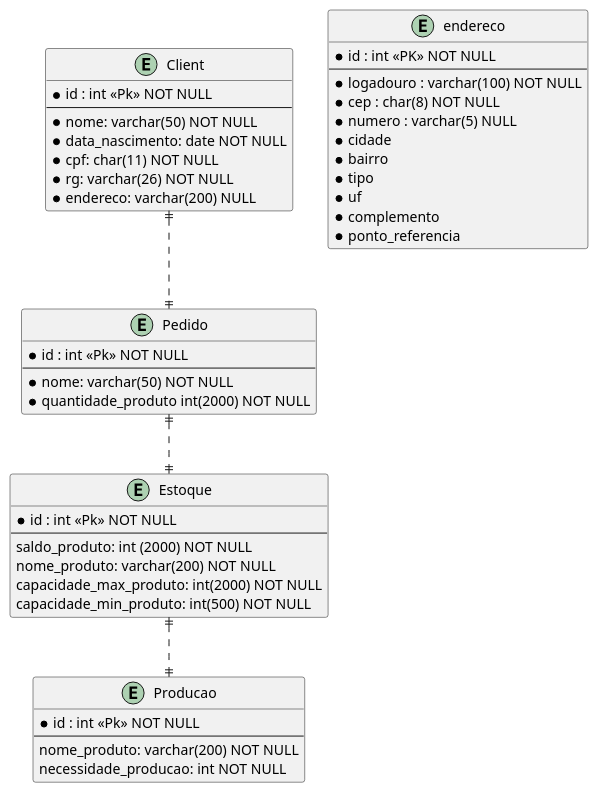
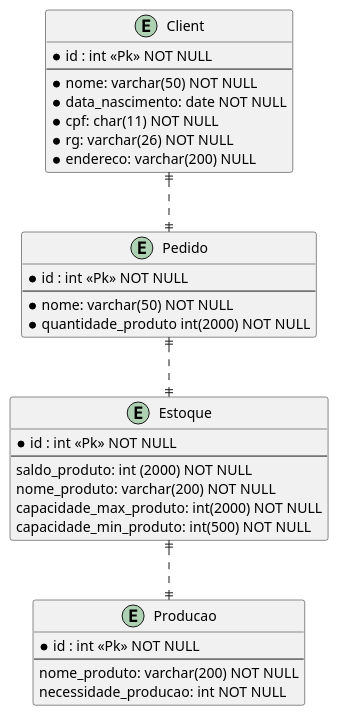
One commit to Hanter-byte/DataBase-2022 changed the diagram in docs/sala_system copy.puml. Above: the diagram before and after it, drawn with PlantUML.

Commit message:
Update sala_system copy.puml

```diff
--- a/docs/sala_system copy.puml
+++ b/docs/sala_system copy.puml
@@ -1,54 +1,40 @@
 @startuml
 
 entity Client {
     *id : int <<Pk>> NOT NULL
     --
     *nome: varchar(50) NOT NULL
     *data_nascimento: date NOT NULL
     *cpf: char(11) NOT NULL
     *rg: varchar(26) NOT NULL
     *endereco: varchar(200) NULL
-}
-
-entity endereco {
-    *id : int <<PK>> NOT NULL
-    --
-    *logadouro : varchar(100) NOT NULL
-    *cep : char(8) NOT NULL
-    *numero : varchar(5) NULL
-    *cidade
-    *bairro
-    *tipo
-    *uf
-    *complemento
-    *ponto_referencia
 }
 
 entity Pedido{
     *id : int <<Pk>> NOT NULL
     --
     *nome: varchar(50) NOT NULL
     *quantidade_produto int(2000) NOT NULL
 }
 
 entity Estoque{
     *id : int <<Pk>> NOT NULL
     --
     saldo_produto: int (2000) NOT NULL
     nome_produto: varchar(200) NOT NULL
     capacidade_max_produto: int(2000) NOT NULL
     capacidade_min_produto: int(500) NOT NULL
 }
 
 entity Producao{
     *id : int <<Pk>> NOT NULL
     --
     nome_produto: varchar(200) NOT NULL
     necessidade_producao: int NOT NULL
 }
 
 Client ||..|| Pedido
 Pedido ||..|| Estoque
 Estoque ||..|| Producao
 
 @enduml
```
